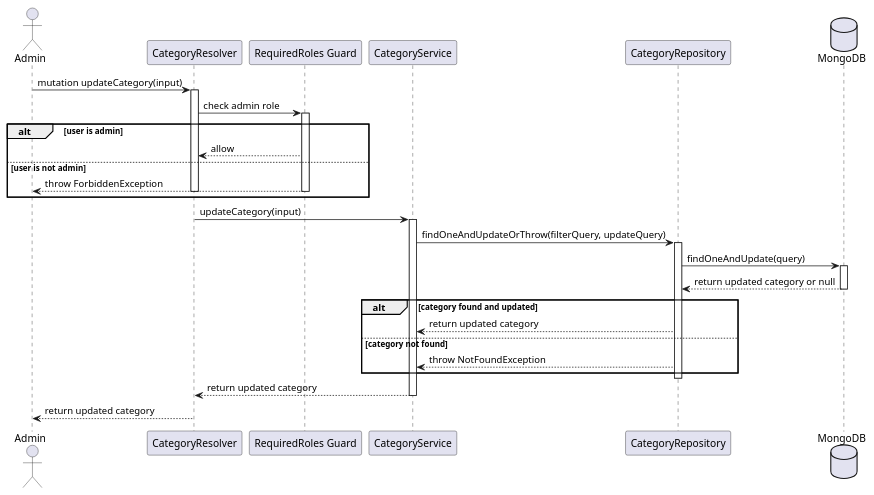
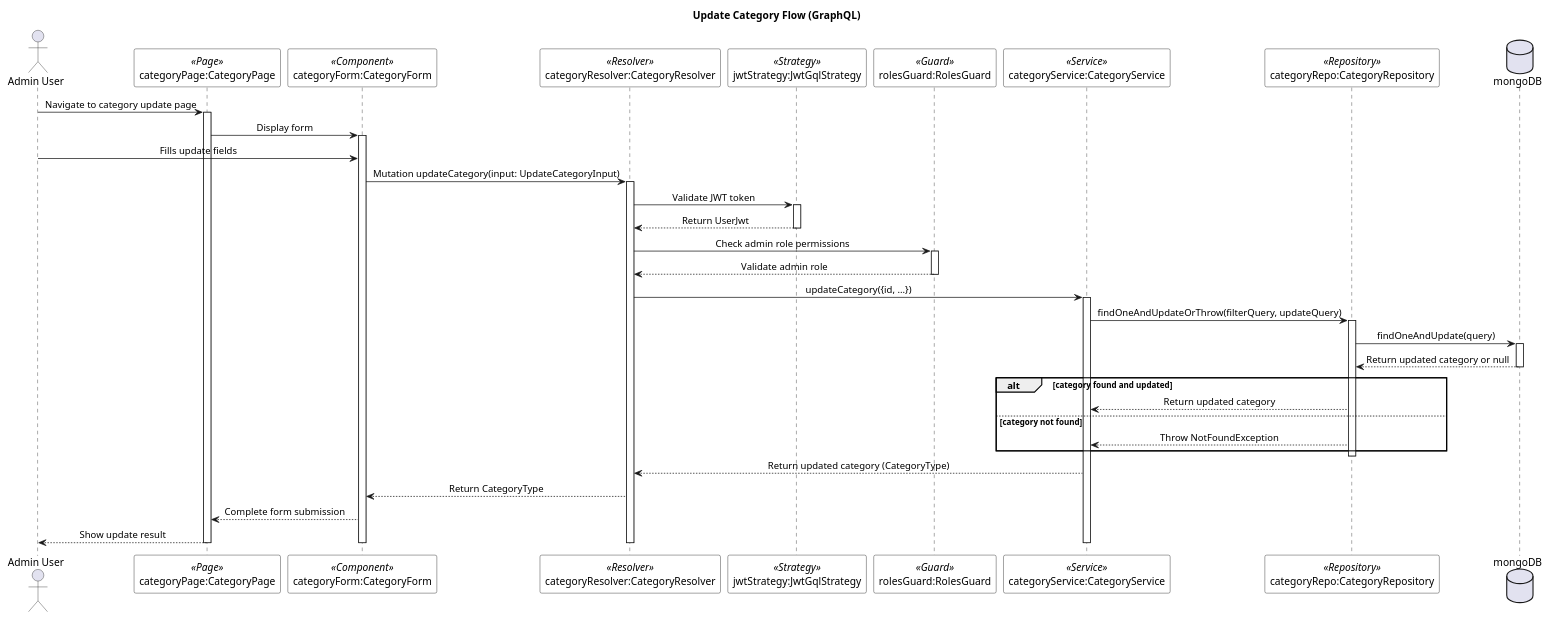
The diagram in documents/diagram/sequences/categories/category_update_category.puml (lehuygiang28/vphim), drawn with PlantUML before and after one commit. The commit also changed other lines of this file and 4 other files, not shown here.

First line of the commit message:
refactor(diagrams/sequences/categories): 🛠️ update category management flow diagrams

```diff
--- a/documents/diagram/sequences/categories/category_update_category.puml
+++ b/documents/diagram/sequences/categories/category_update_category.puml
@@ -1,46 +1,71 @@
-@startuml Category - Update Category
+@startuml Update Category Flow
 
-actor "Admin" as Client
-participant "CategoryResolver" as Resolver
-participant "RequiredRoles Guard" as Guard
-participant "CategoryService" as Service
-participant "CategoryRepository" as Repo
-database "MongoDB" as DB
+skinparam SequenceMessageAlignment center
+skinparam SequenceBoxBackgroundColor white
+skinparam SequenceBoxBorderColor black
+skinparam NoteBackgroundColor lightyellow
+skinparam NoteBorderColor black
+skinparam ParticipantBackgroundColor white
+skinparam ParticipantBorderColor black
 
-Client -> Resolver: mutation updateCategory(input)
-activate Resolver
+title Update Category Flow (GraphQL)
 
-Resolver -> Guard: check admin role
-activate Guard
-alt user is admin
-    Guard --> Resolver: allow
-else user is not admin
-    Guard --> Client: throw ForbiddenException
-    deactivate Resolver
-    deactivate Guard
-end
-deactivate Guard
+actor "Admin User" as adminUser
+participant "categoryPage:CategoryPage" as categoryPage <<Page>>
+participant "categoryForm:CategoryForm" as categoryForm <<Component>>
+participant "categoryResolver:CategoryResolver" as categoryResolver <<Resolver>>
+participant "jwtStrategy:JwtGqlStrategy" as jwtStrategy <<Strategy>>
+participant "rolesGuard:RolesGuard" as rolesGuard <<Guard>>
+participant "categoryService:CategoryService" as categoryService <<Service>>
+participant "categoryRepo:CategoryRepository" as categoryRepo <<Repository>>
+database "mongoDB" as mongoDB
 
-Resolver -> Service: updateCategory(input)
-activate Service
+adminUser -> categoryPage : Navigate to category update page
+activate categoryPage
 
-Service -> Repo: findOneAndUpdateOrThrow(filterQuery, updateQuery)
-activate Repo
-Repo -> DB: findOneAndUpdate(query)
-activate DB
-DB --> Repo: return updated category or null
-deactivate DB
+categoryPage -> categoryForm : Display form
+activate categoryForm
+
+adminUser -> categoryForm : Fills update fields
+
+categoryForm -> categoryResolver : Mutation updateCategory(input: UpdateCategoryInput)
+activate categoryResolver
+
+categoryResolver -> jwtStrategy : Validate JWT token
+activate jwtStrategy
+jwtStrategy --> categoryResolver : Return UserJwt
+deactivate jwtStrategy
+
+categoryResolver -> rolesGuard : Check admin role permissions
+activate rolesGuard
+rolesGuard --> categoryResolver : Validate admin role
+deactivate rolesGuard
+
+categoryResolver -> categoryService : updateCategory({id, ...})
+activate categoryService
+
+categoryService -> categoryRepo : findOneAndUpdateOrThrow(filterQuery, updateQuery)
+activate categoryRepo
+categoryRepo -> mongoDB : findOneAndUpdate(query)
+activate mongoDB
+mongoDB --> categoryRepo : Return updated category or null
+deactivate mongoDB
 
 alt category found and updated
-    Repo --> Service: return updated category
+    categoryRepo --> categoryService : Return updated category
 else category not found
-    Repo --> Service: throw NotFoundException
+    categoryRepo --> categoryService : Throw NotFoundException
 end
-deactivate Repo
+deactivate categoryRepo
 
-Service --> Resolver: return updated category
-deactivate Service
-Resolver --> Client: return updated category
-deactivate Resolver
+categoryService --> categoryResolver : Return updated category (CategoryType)
+categoryResolver --> categoryForm : Return CategoryType
+categoryForm --> categoryPage : Complete form submission
+categoryPage --> adminUser : Show update result
+
+deactivate categoryService
+deactivate categoryResolver
+deactivate categoryForm
+deactivate categoryPage
 
 @enduml
```
